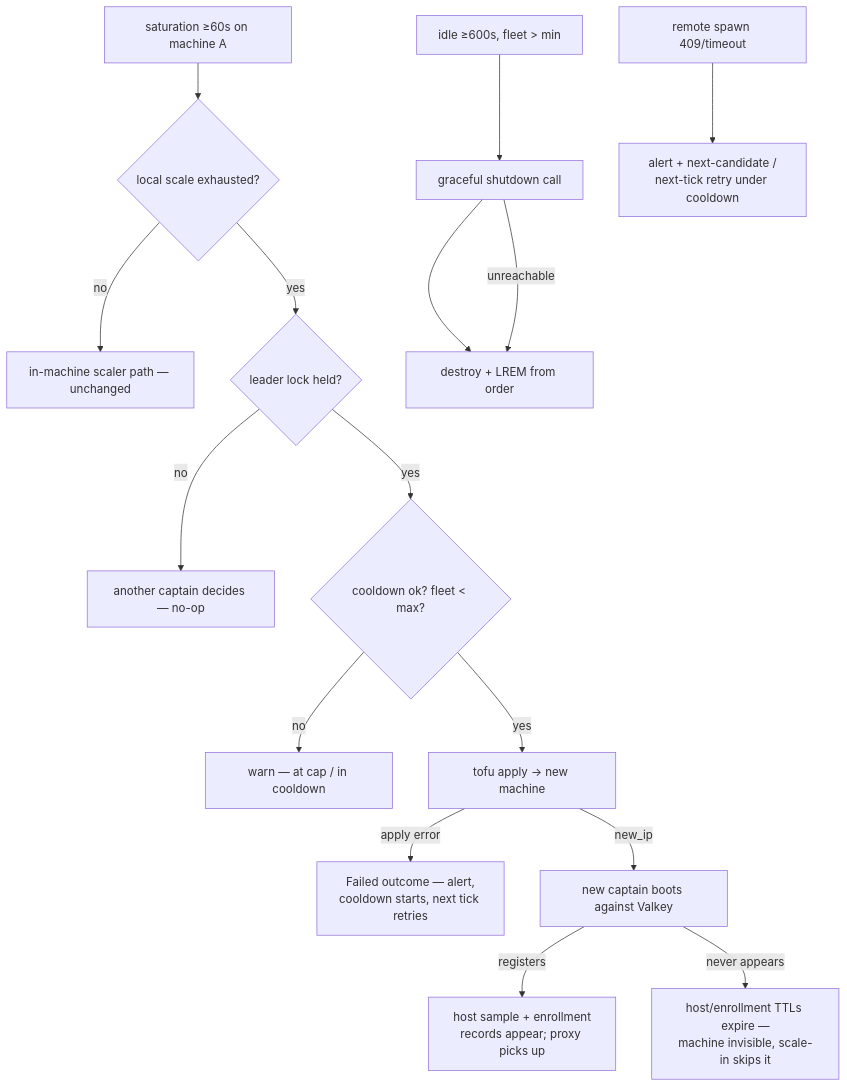
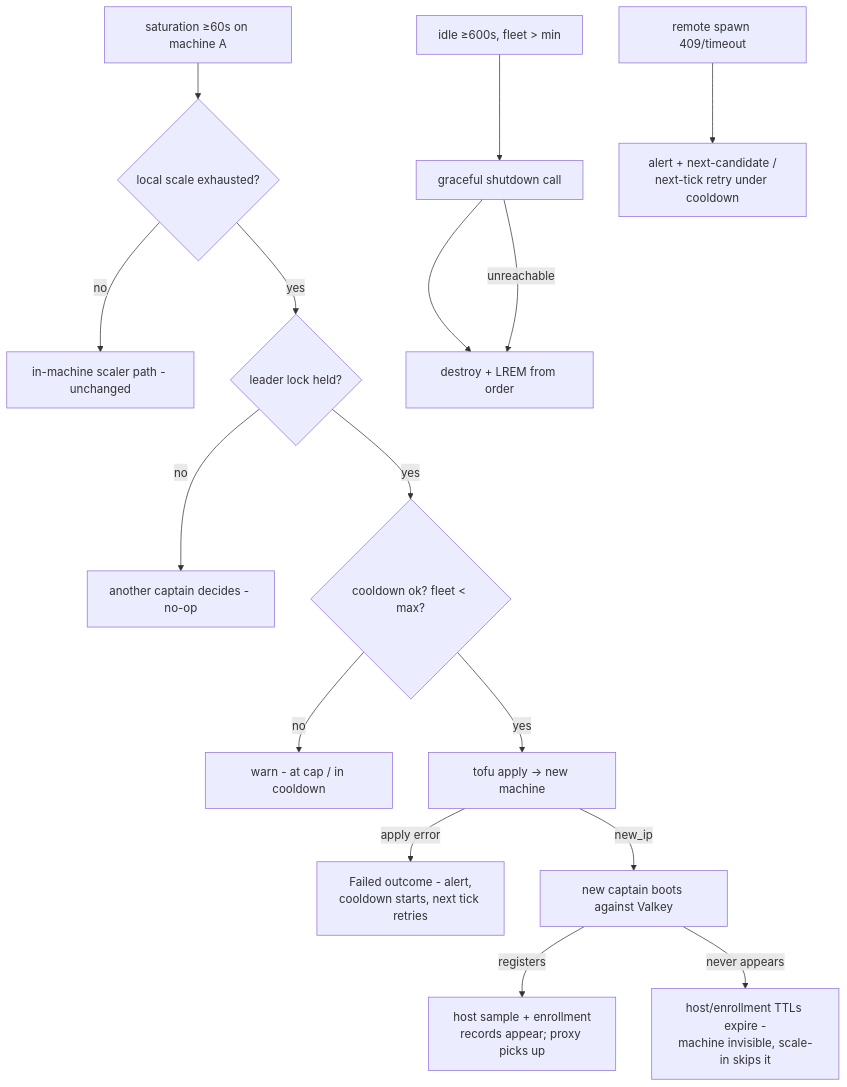
Before and after one commit to Sentin8/sentin8-site: the sixth of 6 diagrams in docs/services/captain/design.md, drawn with Mermaid. The commit also changed other lines of this file and 105 other files, not shown here.

````diff
--- a/docs/services/captain/design.md
+++ b/docs/services/captain/design.md
@@ -570,17 +570,17 @@
 ```mermaid
 flowchart TD
     SAT[saturation ≥60s on machine A] --> EXH{local scale exhausted?}
-    EXH -->|no| LOCAL[in-machine scaler path — unchanged]
+    EXH -->|no| LOCAL[in-machine scaler path - unchanged]
     EXH -->|yes| LEADER{leader lock held?}
-    LEADER -->|no| SKIP[another captain decides — no-op]
+    LEADER -->|no| SKIP[another captain decides - no-op]
     LEADER -->|yes| COOL{cooldown ok? fleet < max?}
-    COOL -->|no| ALERT[warn — at cap / in cooldown]
+    COOL -->|no| ALERT[warn - at cap / in cooldown]
     COOL -->|yes| TOFU[tofu apply → new machine]
-    TOFU -->|apply error| FAILOUT[Failed outcome — alert,<br/>cooldown starts, next tick retries]
+    TOFU -->|apply error| FAILOUT[Failed outcome - alert,<br/>cooldown starts, next tick retries]
     TOFU -->|new_ip| WAIT[new captain boots against Valkey]
     WAIT -->|registers| FLEET[host sample + enrollment<br/>records appear; proxy picks up]
-    WAIT -->|never appears| TTL[host/enrollment TTLs expire —<br/>machine invisible, scale-in skips it]
+    WAIT -->|never appears| TTL[host/enrollment TTLs expire -<br/>machine invisible, scale-in skips it]
     IDLE[idle ≥600s, fleet > min] --> LEAVE[graceful shutdown call] --> DEST[destroy + LREM from order]
     LEAVE -->|unreachable| DEST
     RSPAWN[remote spawn 409/timeout] --> NEXT[alert + next-candidate /<br/>next-tick retry under cooldown]
 ```
````
